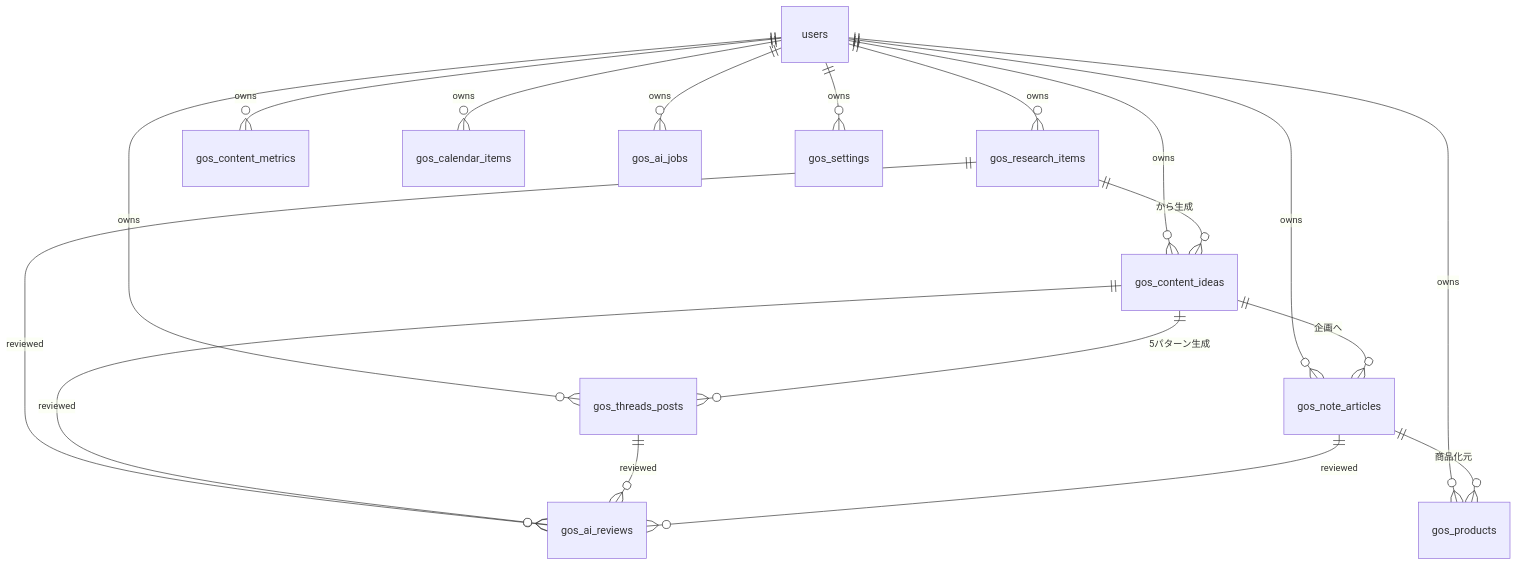
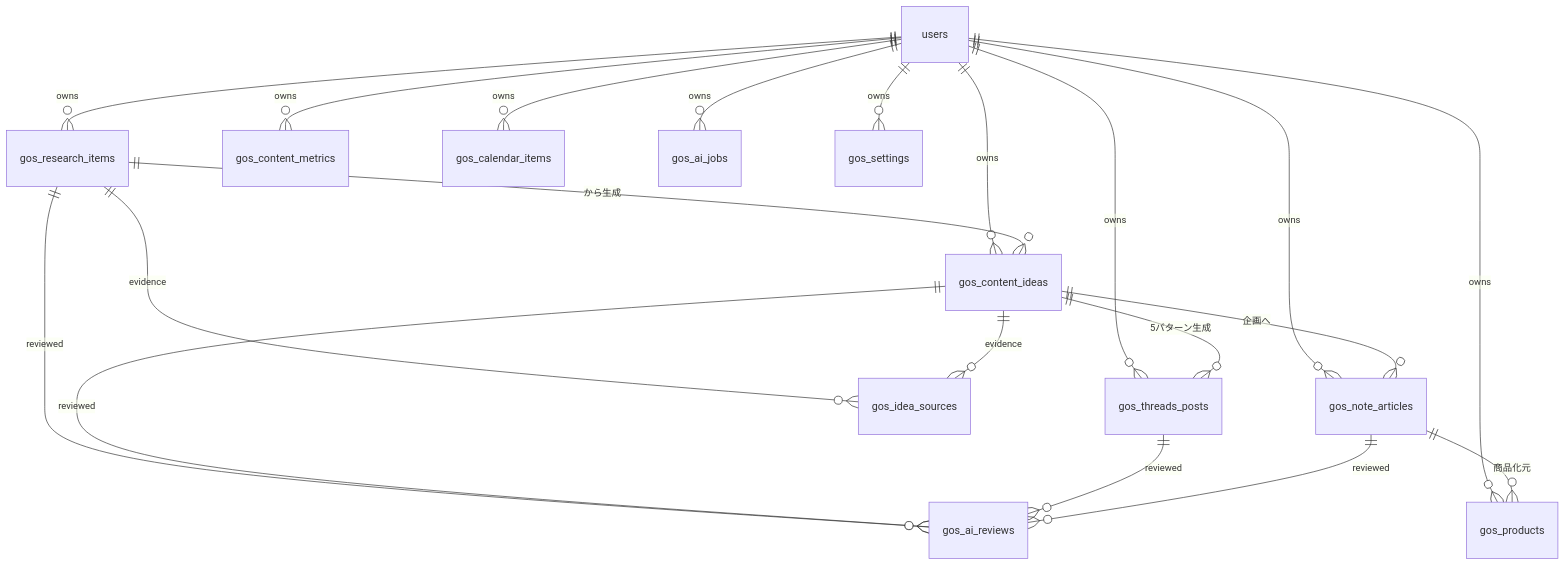
One commit to takaoKoya/ai-search-simulator changed the diagram in supabase/ER-growth-os.md. Above: the diagram before and after it, drawn with Mermaid. The commit also changed other lines of this file and 48 other files, not shown here.

````diff
--- a/supabase/ER-growth-os.md
+++ b/supabase/ER-growth-os.md
@@ -9,20 +18,22 @@
 ```mermaid
 erDiagram
   users ||--o{ gos_research_items : owns
   users ||--o{ gos_content_ideas : owns
   users ||--o{ gos_threads_posts : owns
   users ||--o{ gos_note_articles : owns
   users ||--o{ gos_products : owns
   users ||--o{ gos_content_metrics : owns
   users ||--o{ gos_calendar_items : owns
   users ||--o{ gos_ai_jobs : owns
   users ||--o{ gos_settings : owns
   gos_research_items ||--o{ gos_content_ideas : "から生成"
+  gos_research_items ||--o{ gos_idea_sources : evidence
+  gos_content_ideas ||--o{ gos_idea_sources : evidence
   gos_content_ideas ||--o{ gos_threads_posts : "5パターン生成"
   gos_content_ideas ||--o{ gos_note_articles : "企画へ"
   gos_note_articles ||--o{ gos_products : "商品化元"
   gos_research_items ||--o{ gos_ai_reviews : reviewed
   gos_content_ideas ||--o{ gos_ai_reviews : reviewed
   gos_threads_posts ||--o{ gos_ai_reviews : reviewed
   gos_note_articles ||--o{ gos_ai_reviews : reviewed
 ```
````
